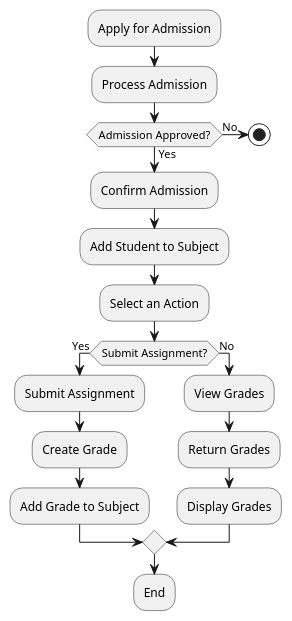
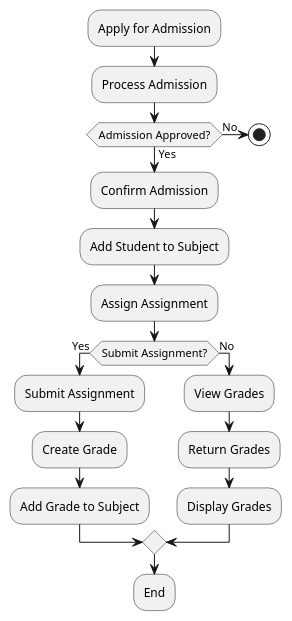
The diagram in Activity.puml (Sahil1529/School-UML-Diagrams), drawn with PlantUML before and after one commit. The commit also changed 4 other files, not shown here.

```diff
--- a/Activity.puml
+++ b/Activity.puml
@@ -1,26 +1,27 @@
 @startuml Activity
 
 :Apply for Admission;
 
 :Process Admission;
 if (Admission Approved?) then (Yes)
     :Confirm Admission;
 else (No)
     stop
 endif
 
 :Add Student to Subject;
 
-:Select an Action;
+:Assign Assignment;
 if (Submit Assignment?) then (Yes)
     :Submit Assignment;
     :Create Grade;
     :Add Grade to Subject;
 else (No)
+
      :View Grades;
      :Return Grades;
      :Display Grades;
 endif
 
 :End;
 @enduml
```
